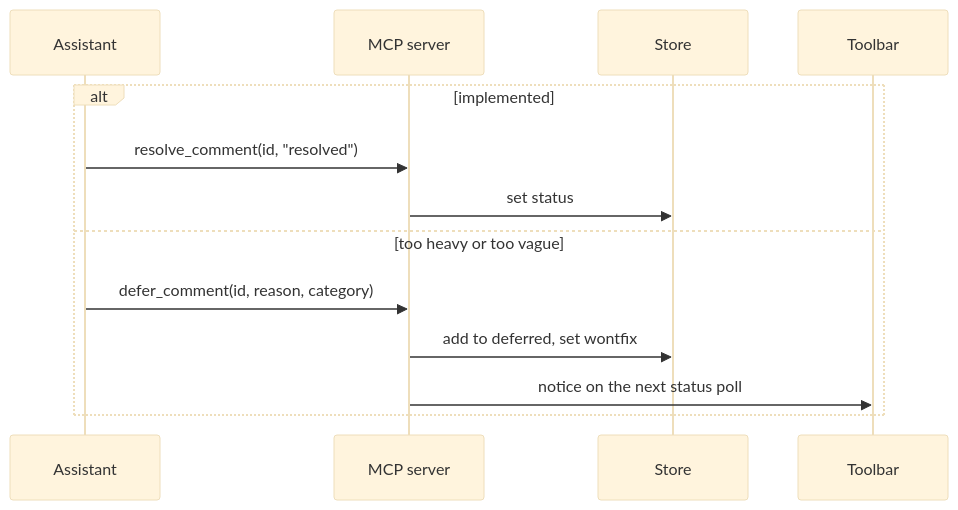
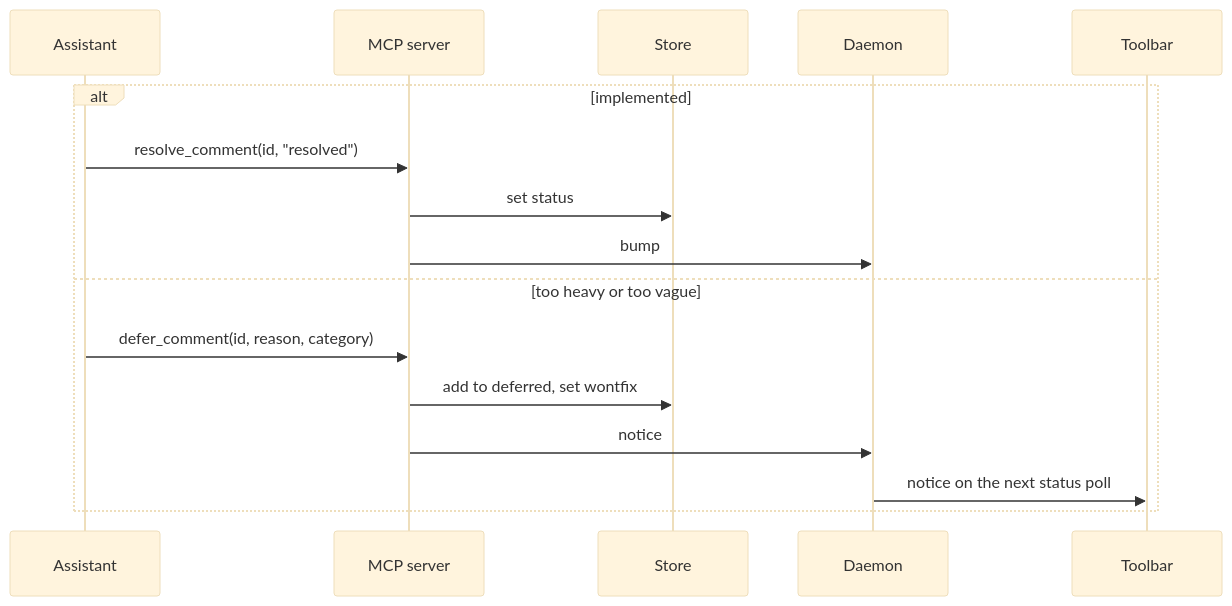
Before and after one commit to pallandir/northstar: the second of 4 diagrams in docs/flows.md, drawn with Mermaid (base theme). The commit also changed other lines of this file and 149 other files, not shown here.

````diff
--- a/docs/flows.md
+++ b/docs/flows.md
@@ -55,16 +59,19 @@
 ```mermaid
 sequenceDiagram
     participant A as Assistant
     participant M as MCP server
     participant S as Store
+    participant D as Daemon
     participant T as Toolbar
 
     alt implemented
         A->>M: resolve_comment(id, "resolved")
         M->>S: set status
+        M->>D: bump
     else too heavy or too vague
         A->>M: defer_comment(id, reason, category)
         M->>S: add to deferred, set wontfix
-        M->>T: notice on the next status poll
+        M->>D: notice
+        D->>T: notice on the next status poll
     end
 ```
````
